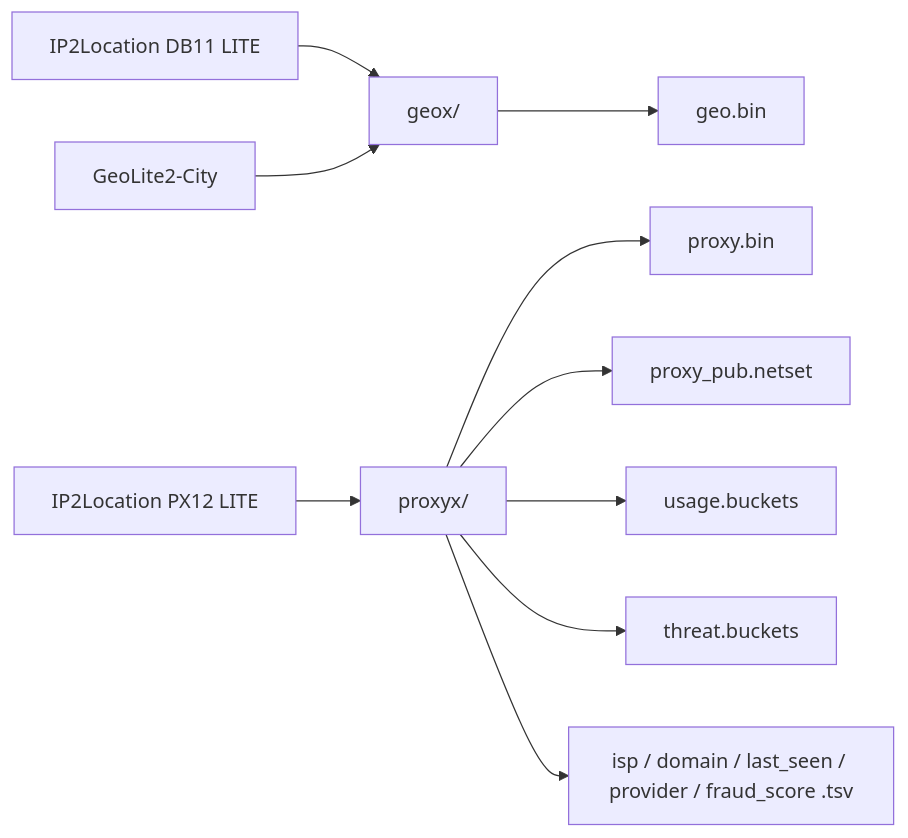
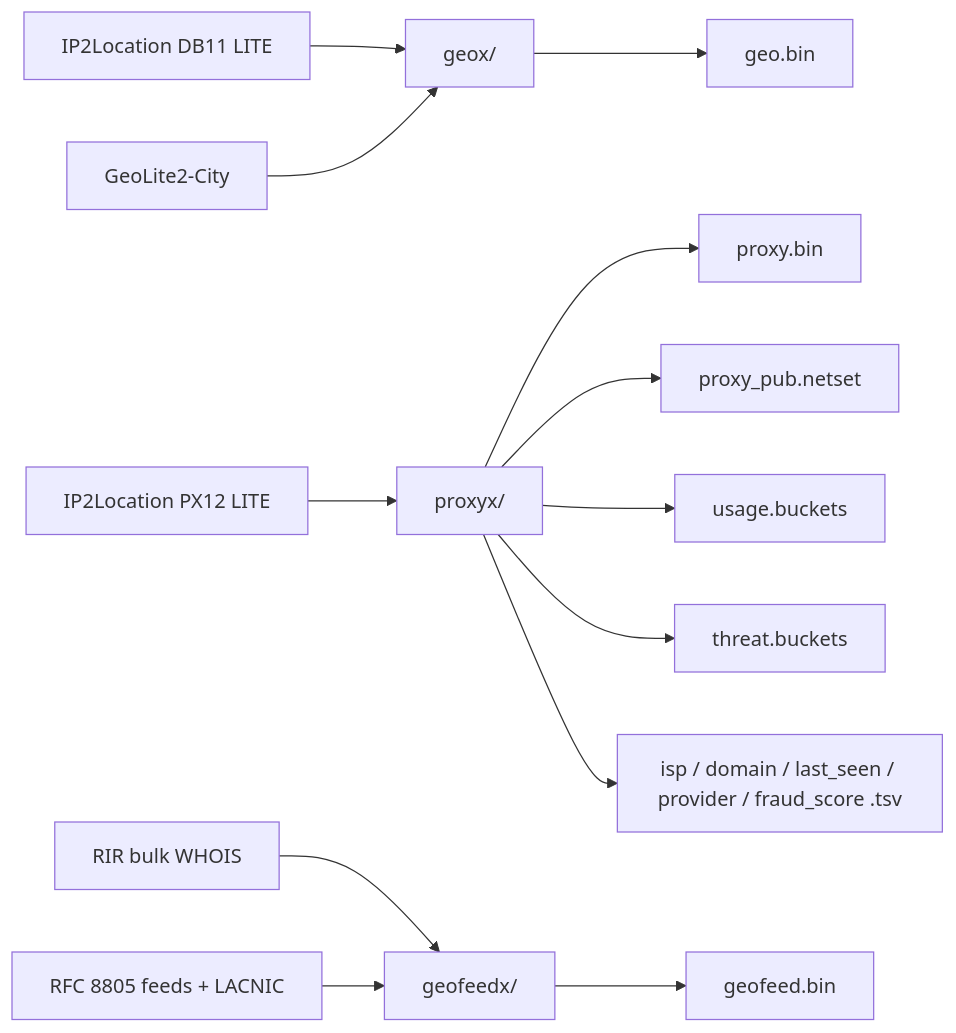
The diagram in README.md (tn3w/IP2X), drawn with Mermaid before and after one commit. The commit also changed other lines of this file and 8 other files, not shown here.

````diff
--- a/README.md
+++ b/README.md
@@ -288,12 +366,15 @@
 ```mermaid
 flowchart LR
     D1[IP2Location DB11 LITE] --> G[geox/]
     D2[GeoLite2-City] --> G
     G --> GB[geo.bin]
     D3[IP2Location PX12 LITE] --> P[proxyx/]
     P --> PB[proxy.bin]
     P --> R[proxy_pub.netset]
     P --> U[usage.buckets]
     P --> T[threat.buckets]
     P --> TSV[isp / domain / last_seen / provider / fraud_score .tsv]
+    D4[RIR bulk WHOIS] --> F[geofeedx/]
+    D5[RFC 8805 feeds + LACNIC] --> F
+    F --> FB[geofeed.bin]
 ```
````
